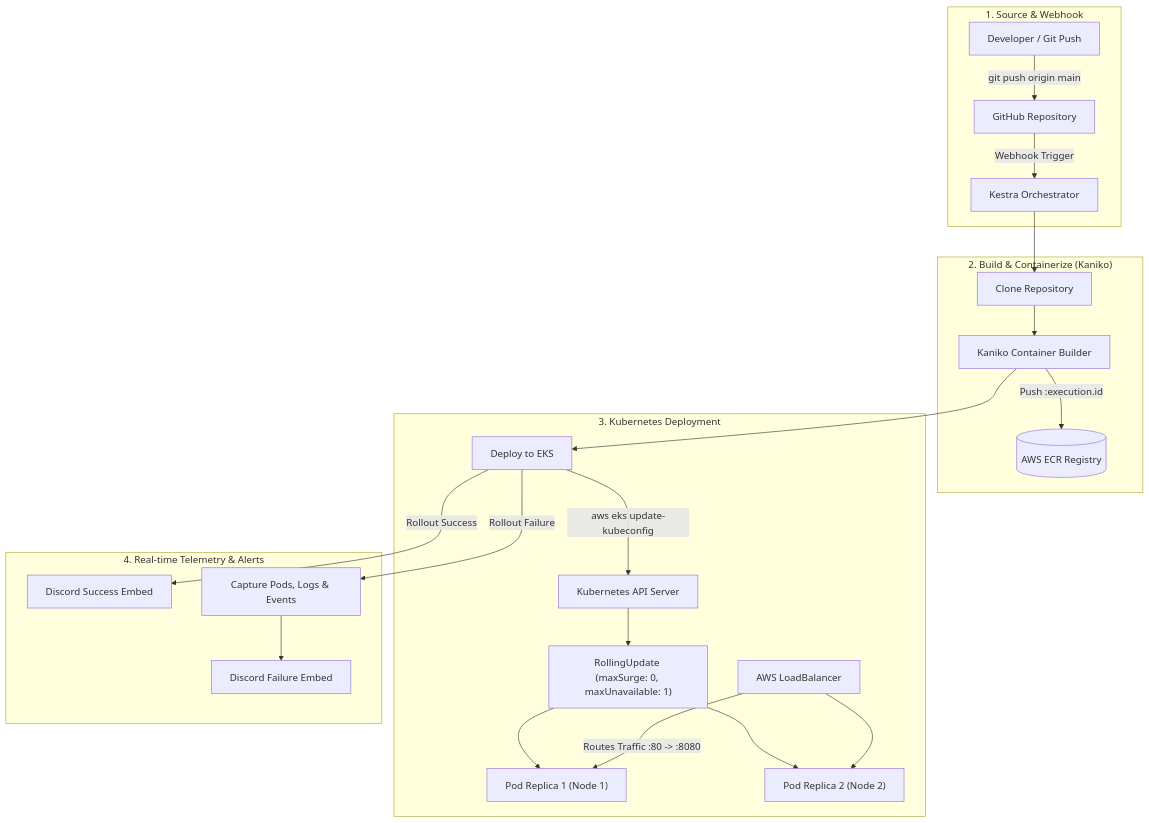
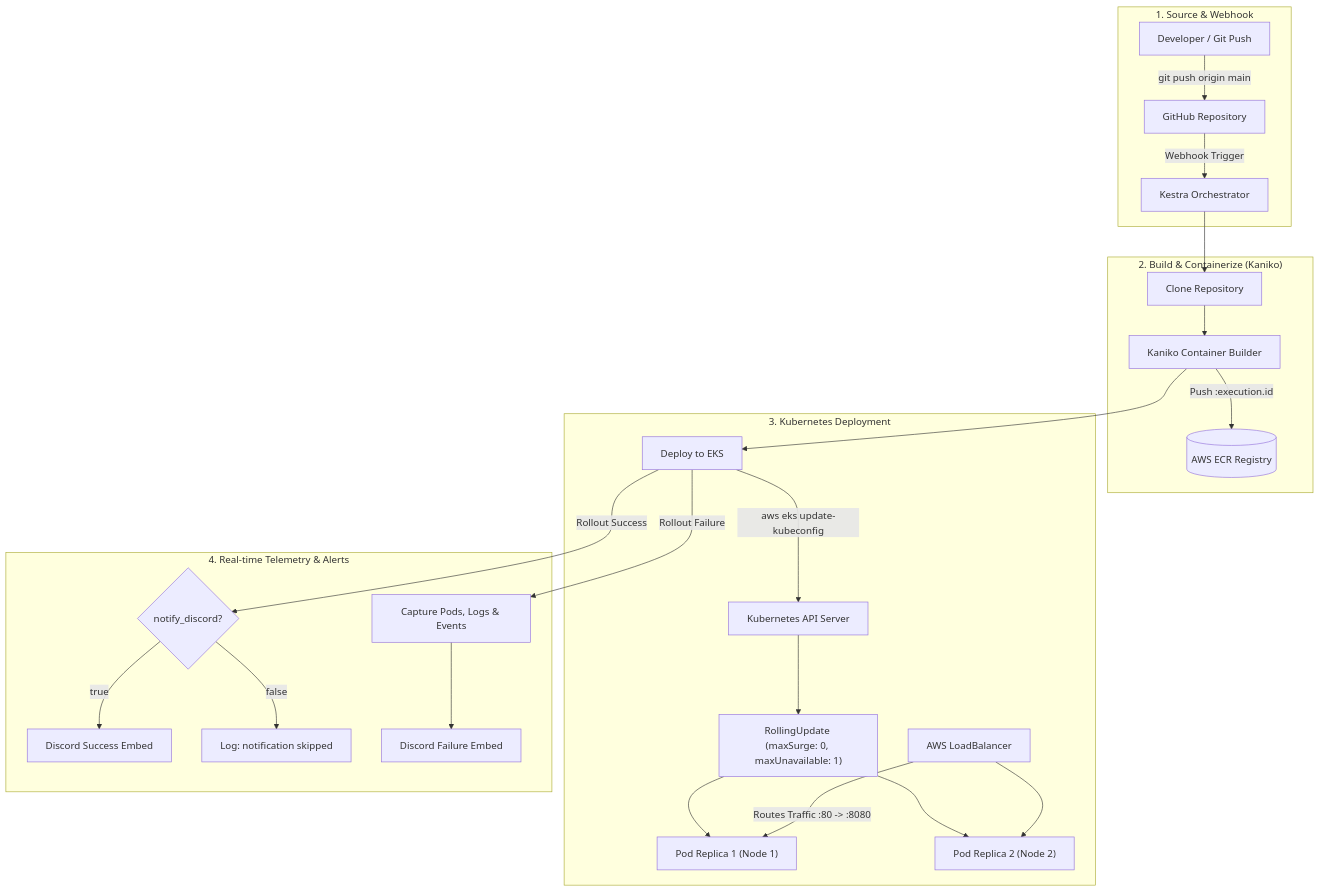
One commit to Abhishekkhode/eks-gitops-deploy changed the diagram in README.md. Above: the diagram before and after it, drawn with Mermaid. The commit also changed other lines of this file and 1 other file, not shown here.

Commit message:
EKS GitOps Deploy Kestra Blueprint

````diff
--- a/README.md
+++ b/README.md
@@ -9,28 +9,30 @@
 ```mermaid
 flowchart TD
     subgraph Trigger["1. Source & Webhook"]
         Dev["Developer / Git Push"] -->|git push origin main| GitHub["GitHub Repository"]
         GitHub -->|Webhook Trigger| Kestra["Kestra Orchestrator"]
     end
 
     subgraph CI_Stage["2. Build & Containerize (Kaniko)"]
         Kestra --> Clone["Clone Repository"]
         Clone --> Kaniko["Kaniko Container Builder"]
         Kaniko -->|Push :execution.id| ECR[("AWS ECR Registry")]
     end
 
     subgraph CD_Stage["3. Kubernetes Deployment"]
         Kaniko --> Deploy["Deploy to EKS"]
         Deploy -->|aws eks update-kubeconfig| API["Kubernetes API Server"]
         API --> Strategy["RollingUpdate (maxSurge: 0, maxUnavailable: 1)"]
         Strategy --> Pod1["Pod Replica 1 (Node 1)"]
         Strategy --> Pod2["Pod Replica 2 (Node 2)"]
         ELB["AWS LoadBalancer"] -->|Routes Traffic :80 -> :8080| Pod1
         ELB --> Pod2
     end
 
     subgraph Monitoring["4. Real-time Telemetry & Alerts"]
-        Deploy -->|Rollout Success| DiscordSuccess["Discord Success Embed"]
+        Deploy -->|Rollout Success| Gate{"notify_discord?"}
+        Gate -->|true| DiscordSuccess["Discord Success Embed"]
+        Gate -->|false| Skip["Log: notification skipped"]
         Deploy -->|Rollout Failure| Diag["Capture Pods, Logs & Events"] --> DiscordFail["Discord Failure Embed"]
     end
 ```
````
